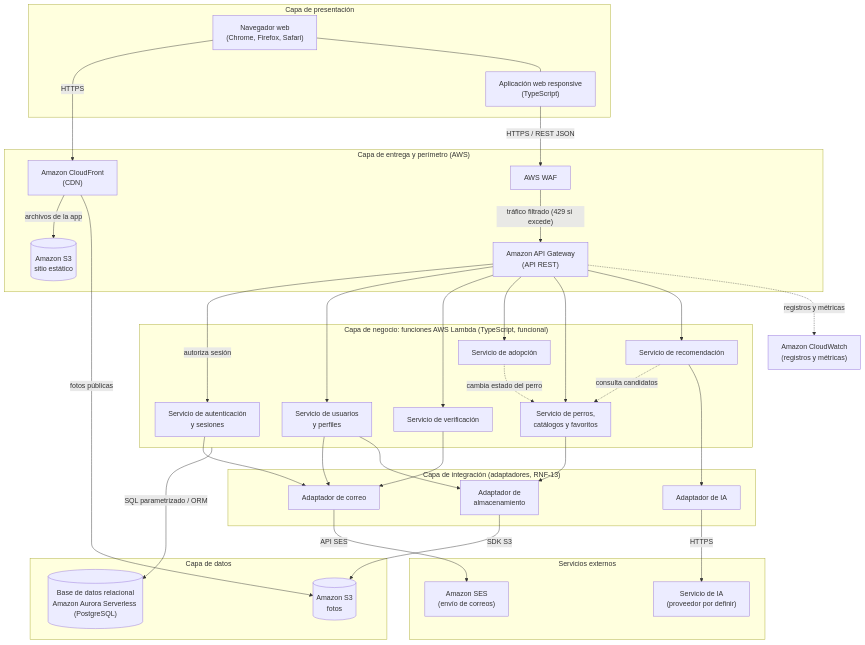
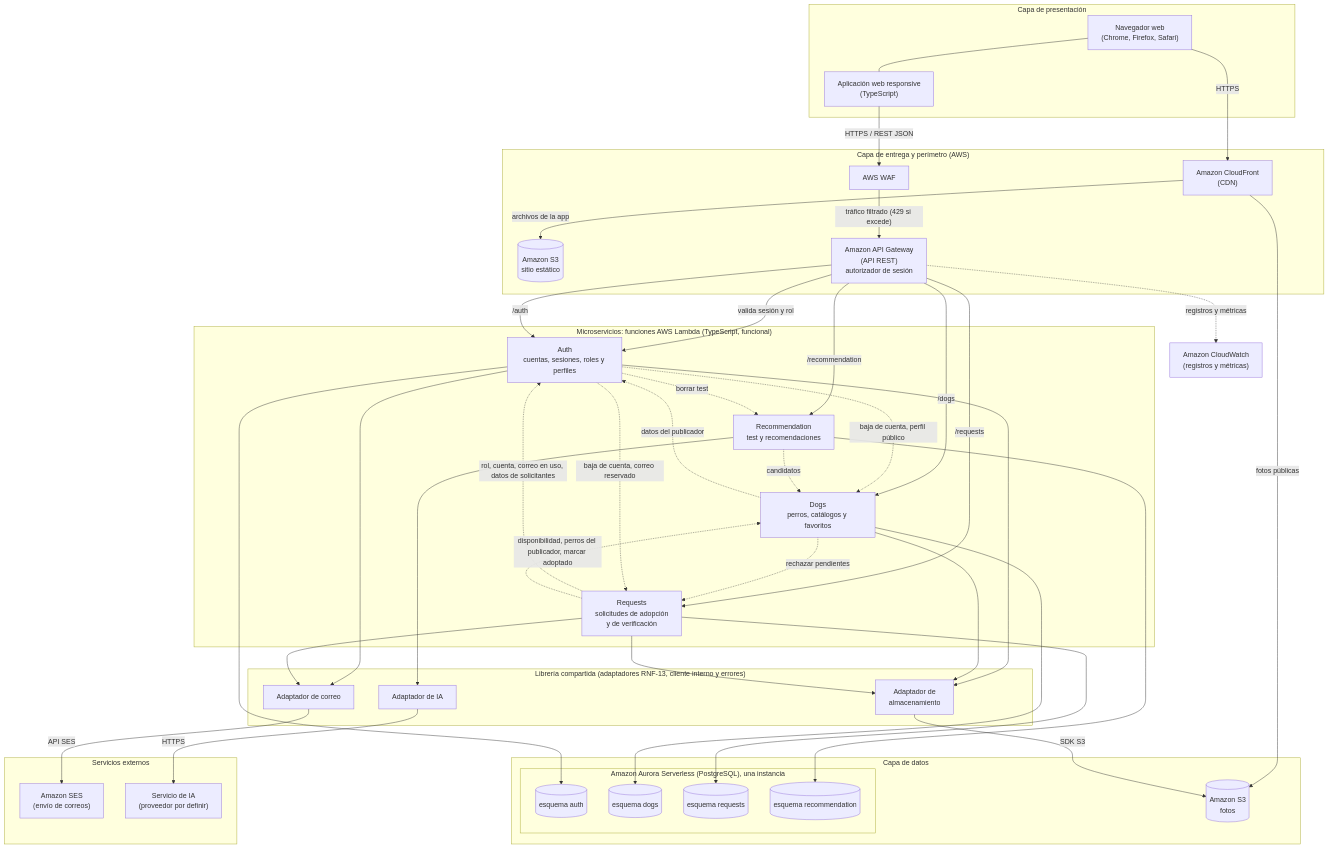
One commit to Magdala-Commitee-Corporation/adogtame-docs changed the diagram in agent/instruments/adog_ARCH.md. Above: the diagram before and after it, drawn with Mermaid. The commit also changed other lines of this file and 5 other files, not shown here.

````diff
--- a/agent/instruments/adog_ARCH.md
+++ b/agent/instruments/adog_ARCH.md
@@ -29,70 +31,81 @@
 ```mermaid
 flowchart TB
     subgraph PRES["Capa de presentación"]
         NAV["Navegador web<br/>(Chrome, Firefox, Safari)"]
         WEB["Aplicación web responsive<br/>(TypeScript)"]
     end
 
     subgraph BORDE["Capa de entrega y perímetro (AWS)"]
         CF["Amazon CloudFront<br/>(CDN)"]
         S3W[("Amazon S3<br/>sitio estático")]
         WAF["AWS WAF"]
-        APIGW["Amazon API Gateway<br/>(API REST)"]
+        APIGW["Amazon API Gateway<br/>(API REST)<br/>autorizador de sesión"]
     end
 
-    subgraph NEG["Capa de negocio: funciones AWS Lambda (TypeScript, funcional)"]
-        AUTH["Servicio de autenticación<br/>y sesiones"]
-        USR["Servicio de usuarios<br/>y perfiles"]
-        VER["Servicio de verificación"]
-        ADP["Servicio de adopción"]
-        PER["Servicio de perros,<br/>catálogos y favoritos"]
-        REC["Servicio de recomendación"]
+    subgraph NEG["Microservicios: funciones AWS Lambda (TypeScript, funcional)"]
+        AUTH["Auth<br/>cuentas, sesiones, roles y perfiles"]
+        DOGS["Dogs<br/>perros, catálogos y favoritos"]
+        REQS["Requests<br/>solicitudes de adopción<br/>y de verificación"]
+        REC["Recommendation<br/>test y recomendaciones"]
     end
 
-    subgraph INT["Capa de integración (adaptadores, RNF-13)"]
+    subgraph INT["Librería compartida (adaptadores RNF-13, cliente interno y errores)"]
         AIMG["Adaptador de<br/>almacenamiento"]
         ACOR["Adaptador de correo"]
         AIA["Adaptador de IA"]
     end
 
     subgraph DAT["Capa de datos"]
-        DB[("Base de datos relacional<br/>Amazon Aurora Serverless (PostgreSQL)")]
+        subgraph AUR["Amazon Aurora Serverless (PostgreSQL), una instancia"]
+            SAUTH[("esquema auth")]
+            SDOGS[("esquema dogs")]
+            SREQS[("esquema requests")]
+            SREC[("esquema recommendation")]
+        end
         S3F[("Amazon S3<br/>fotos")]
     end
 
     subgraph EXT["Servicios externos"]
         SES["Amazon SES<br/>(envío de correos)"]
         IA["Servicio de IA<br/>(proveedor por definir)"]
     end
 
     CW["Amazon CloudWatch<br/>(registros y métricas)"]
 
     NAV -->|HTTPS| CF
     CF -->|archivos de la app| S3W
     CF -->|fotos públicas| S3F
     NAV --- WEB
     WEB -->|HTTPS / REST JSON| WAF
     WAF -->|"tráfico filtrado (429 si excede)"| APIGW
-    APIGW -->|autoriza sesión| AUTH
-    APIGW --> USR
-    APIGW --> VER
-    APIGW --> ADP
-    APIGW --> PER
-    APIGW --> REC
+    APIGW -->|valida sesión y rol| AUTH
+    APIGW -->|/dogs| DOGS
+    APIGW -->|/requests| REQS
+    APIGW -->|/recommendation| REC
+    APIGW -->|/auth| AUTH
 
-    ADP -.->|cambia estado del perro| PER
-    REC -.->|consulta candidatos| PER
+    REQS -.->|rol, cuenta, correo en uso, datos de solicitantes| AUTH
+    REQS -.->|disponibilidad, perros del publicador, marcar adoptado| DOGS
+    DOGS -.->|rechazar pendientes| REQS
+    DOGS -.->|datos del publicador| AUTH
+    AUTH -.->|baja de cuenta, perfil público| DOGS
+    AUTH -.->|baja de cuenta, correo reservado| REQS
+    AUTH -.->|borrar test| REC
+    REC -.->|candidatos| DOGS
 
     AUTH --> ACOR
-    USR --> ACOR
-    VER --> ACOR
-    USR --> AIMG
-    PER --> AIMG
+    REQS --> ACOR
+    AUTH --> AIMG
+    DOGS --> AIMG
+    REQS --> AIMG
     REC --> AIA
 
-    NEG -->|SQL parametrizado / ORM| DB
+    AUTH --> SAUTH
+    DOGS --> SDOGS
+    REQS --> SREQS
+    REC --> SREC
     AIMG -->|SDK S3| S3F
     ACOR -->|API SES| SES
     AIA -->|HTTPS| IA
     APIGW -.->|registros y métricas| CW
 ```
````
